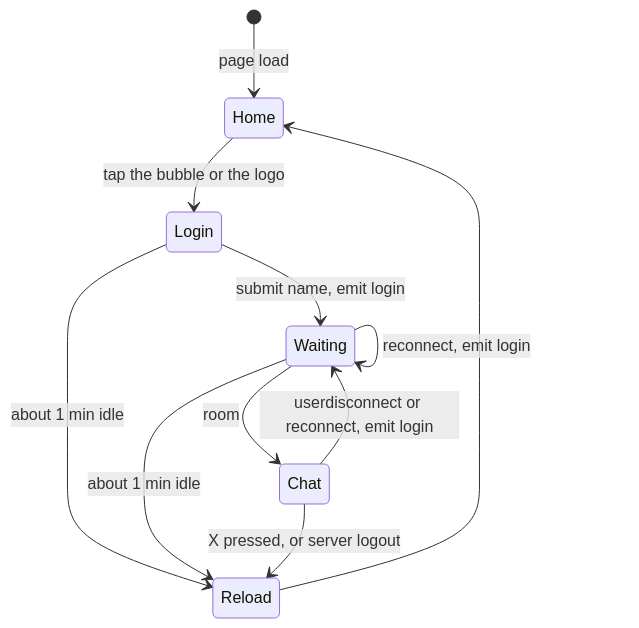
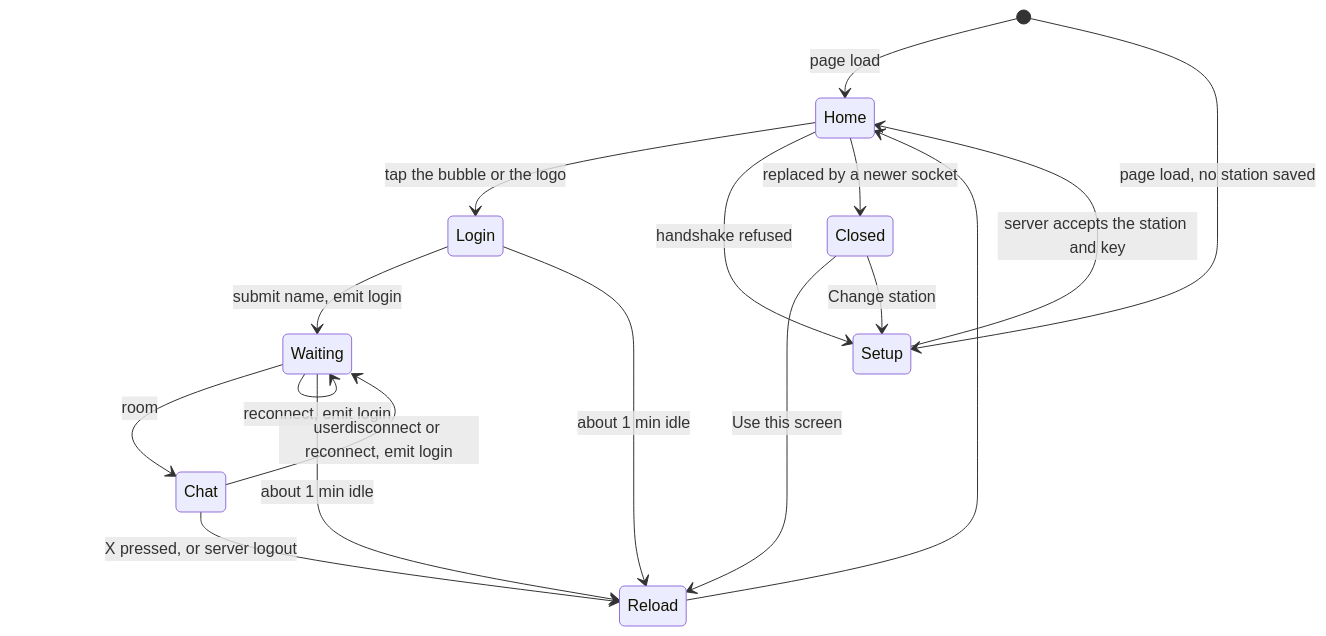
The second of 6 diagrams in architecture.md (partyck/in-between-us), drawn with Mermaid before and after one commit. The commit also changed other lines of this file and 3 other files, not shown here.

First line of the commit message:
document station pairing and the station key

````diff
--- a/architecture.md
+++ b/architecture.md
@@ -113,13 +119,19 @@
 ```mermaid
 stateDiagram-v2
     [*] --> Home: page load
     Home --> Login: tap the bubble or the logo
     Login --> Waiting: submit name, emit login
     Waiting --> Chat: room
     Waiting --> Waiting: reconnect, emit login
     Chat --> Waiting: userdisconnect or reconnect, emit login
     Login --> Reload: about 1 min idle
     Waiting --> Reload: about 1 min idle
     Chat --> Reload: X pressed, or server logout
     Reload --> Home
+    [*] --> Setup: page load, no station saved
+    Setup --> Home: server accepts the station and key
+    Home --> Setup: handshake refused
+    Home --> Closed: replaced by a newer socket
+    Closed --> Reload: Use this screen
+    Closed --> Setup: Change station
 ```
````
